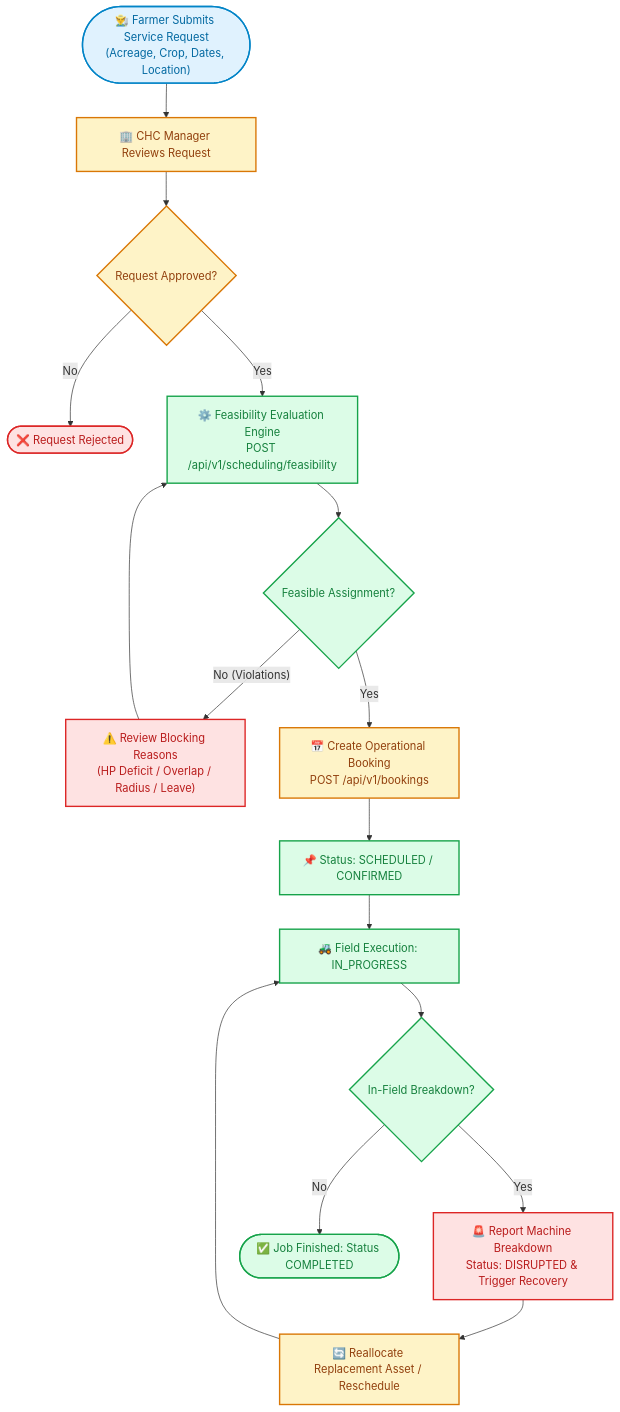
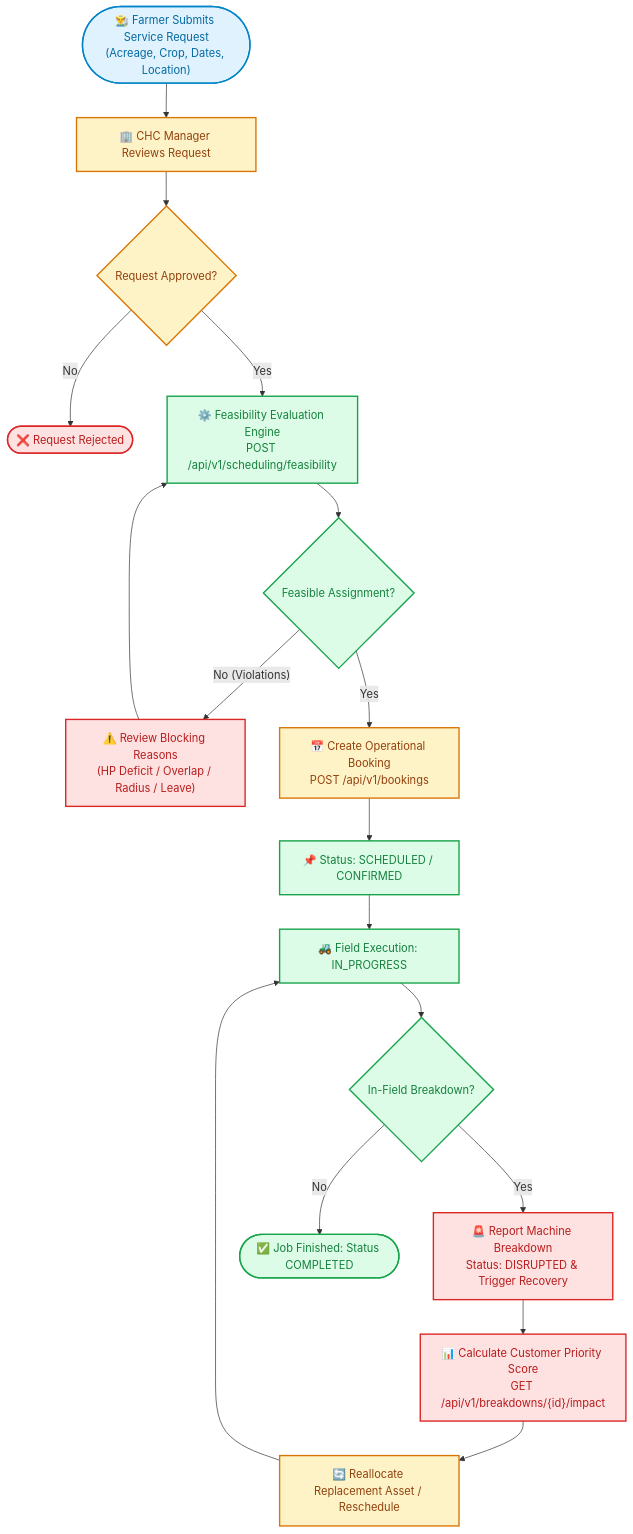
One commit to webdev-shiv/KrishiNiyojak changed the first of 3 diagrams in README.md. Above: the diagram before and after it, drawn with Mermaid. The commit also changed other lines of this file and 53 other files, not shown here.

````diff
--- a/README.md
+++ b/README.md
@@ -38,29 +40,30 @@
 ```mermaid
 flowchart TD
     classDef farmer fill:#e0f2fe,stroke:#0284c7,stroke-width:2px,color:#0369a1;
     classDef chc fill:#fef3c7,stroke:#d97706,stroke-width:2px,color:#92400e;
     classDef engine fill:#dcfce7,stroke:#16a34a,stroke-width:2px,color:#15803d;
     classDef alert fill:#fee2e2,stroke:#dc2626,stroke-width:2px,color:#b91c1c;
 
     FarmerInput(["👨‍🌾 Farmer Submits Service Request<br/>(Acreage, Crop, Dates, Location)"]):::farmer --> CHCReview["🏢 CHC Manager Reviews Request"]:::chc
     
     CHCReview --> DecisionApprove{Request Approved?}:::chc
     DecisionApprove -- No --> Rejected(["❌ Request Rejected"]):::alert
     DecisionApprove -- Yes --> FeasibilityCheck["⚙️ Feasibility Evaluation Engine<br/>POST /api/v1/scheduling/feasibility"]:::engine
 
     FeasibilityCheck --> EvaluationResult{Feasible Assignment?}:::engine
     EvaluationResult -- No (Violations) --> ResolveIssues["⚠️ Review Blocking Reasons<br/>(HP Deficit / Overlap / Radius / Leave)"]:::alert
     ResolveIssues --> FeasibilityCheck
 
     EvaluationResult -- Yes --> CreateBooking["📅 Create Operational Booking<br/>POST /api/v1/bookings"]:::chc
     CreateBooking --> ScheduledState["📌 Status: SCHEDULED / CONFIRMED"]:::engine
     
     ScheduledState --> InProgress["🚜 Field Execution: IN_PROGRESS"]:::engine
     InProgress --> BreakdownCheck{In-Field Breakdown?}:::engine
 
     BreakdownCheck -- Yes --> TriggerRecovery["🚨 Report Machine Breakdown<br/>Status: DISRUPTED & Trigger Recovery"]:::alert
-    TriggerRecovery --> Reschedule["🔄 Reallocate Replacement Asset / Reschedule"]:::chc
+    TriggerRecovery --> ImpactScoring["📊 Calculate Customer Priority Score<br/>GET /api/v1/breakdowns/{id}/impact"]:::alert
+    ImpactScoring --> Reschedule["🔄 Reallocate Replacement Asset / Reschedule"]:::chc
     Reschedule --> InProgress
 
     BreakdownCheck -- No --> Completion(["✅ Job Finished: Status COMPLETED"]):::engine
 ```
````
